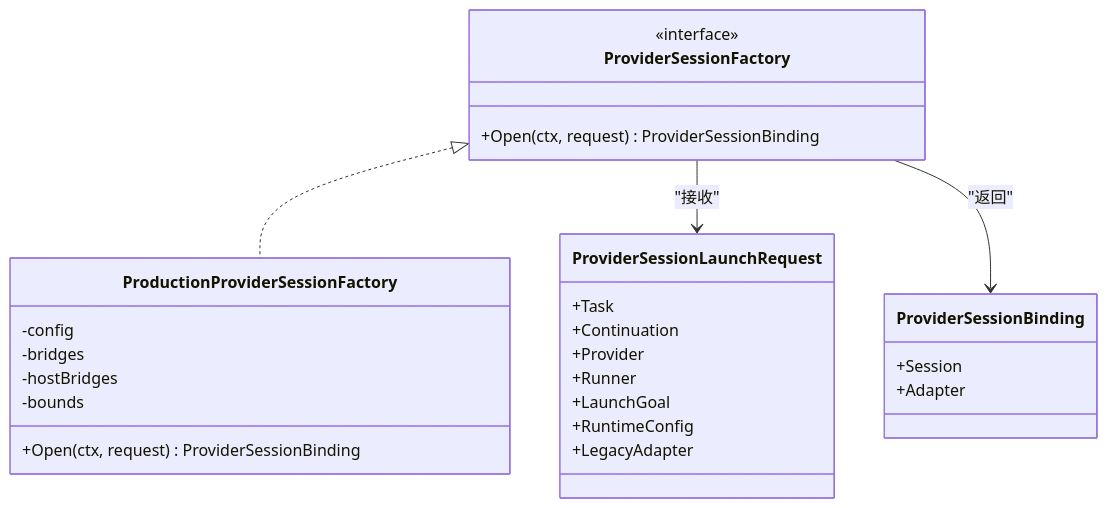
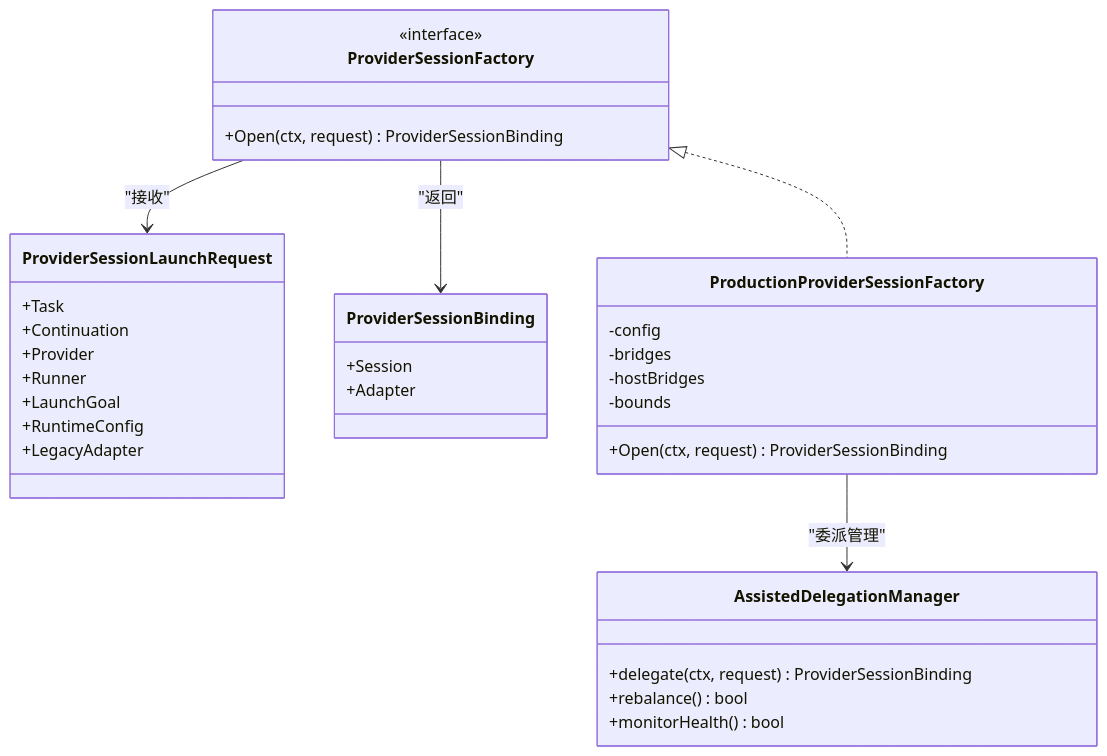
The third of 6 diagrams in .qoder/repowiki/zh/content/守护进程服务/Task 生命周期管理/Provider 会话工厂模式.md (n1majne3/CyberPenda), drawn with Mermaid before and after one commit. The commit also changed other lines of this file and 6 other files, not shown here.

````diff
--- a/.qoder/repowiki/zh/content/守护进程服务/Task 生命周期管理/Provider 会话工厂模式.md
+++ b/.qoder/repowiki/zh/content/守护进程服务/Task 生命周期管理/Provider 会话工厂模式.md
@@ -153,30 +175,36 @@
 ```mermaid
 classDiagram
 class ProviderSessionLaunchRequest {
 +Task
 +Continuation
 +Provider
 +Runner
 +LaunchGoal
 +RuntimeConfig
 +LegacyAdapter
 }
 class ProviderSessionBinding {
 +Session
 +Adapter
 }
 class ProviderSessionFactory {
 <<interface>>
 +Open(ctx, request) ProviderSessionBinding
 }
 class ProductionProviderSessionFactory {
 -config
 -bridges
 -hostBridges
 -bounds
 +Open(ctx, request) ProviderSessionBinding
 }
+class AssistedDelegationManager {
++delegate(ctx, request) ProviderSessionBinding
++rebalance() bool
++monitorHealth() bool
+}
 ProviderSessionFactory <|.. ProductionProviderSessionFactory
 ProviderSessionFactory --> ProviderSessionLaunchRequest : "接收"
 ProviderSessionFactory --> ProviderSessionBinding : "返回"
+ProductionProviderSessionFactory --> AssistedDelegationManager : "委派管理"
 ```
````
